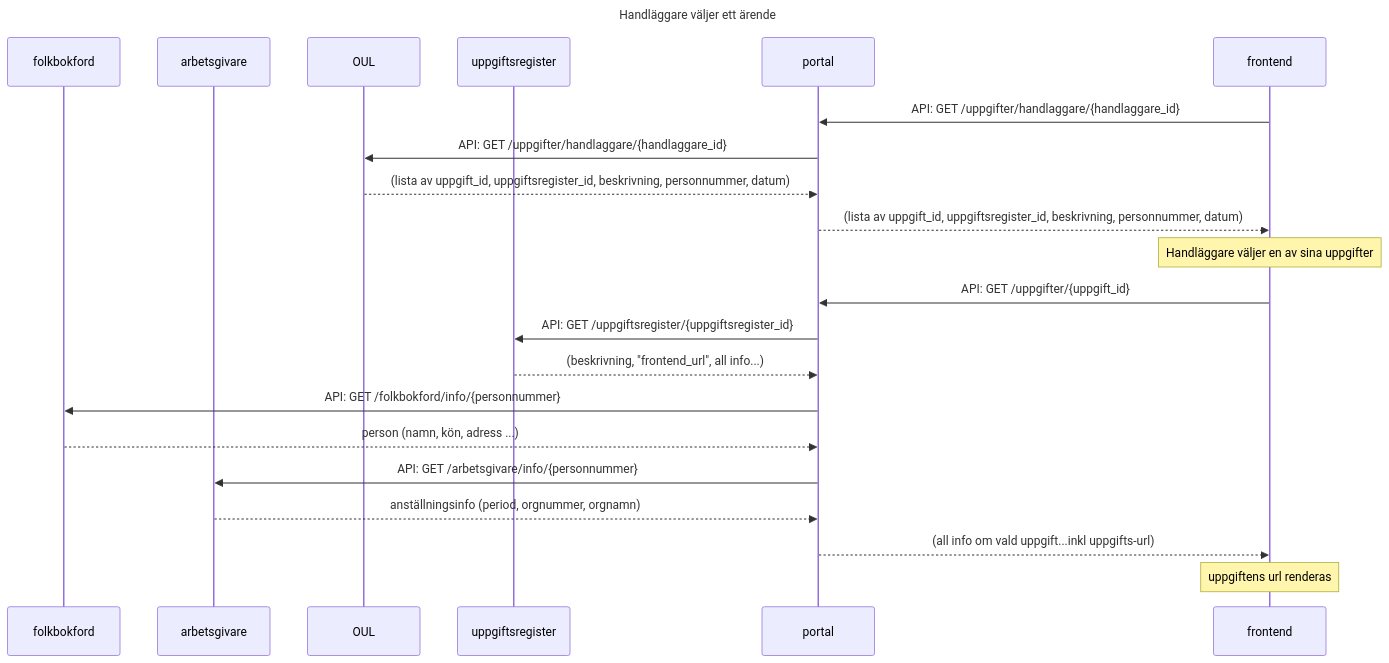
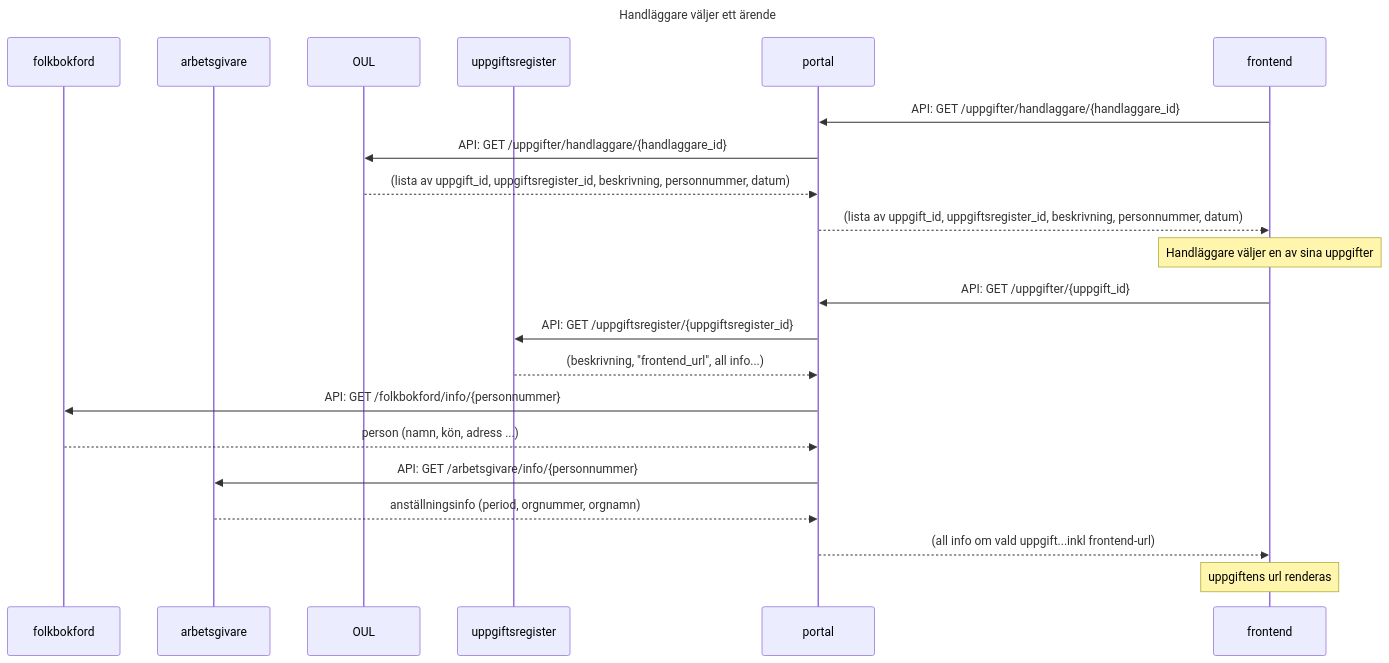
One commit to Forsakringskassan/rimfrost changed the diagram in sequences/handlaggare_lista_arenden.mmd. Above: the diagram before and after it, drawn with Mermaid.

Commit message:
fix: namn frontend_url

```diff
--- a/sequences/handlaggare_lista_arenden.mmd
+++ b/sequences/handlaggare_lista_arenden.mmd
@@ -1,27 +1,27 @@
 sequenceDiagram
     title Handläggare väljer ett ärende
     participant folkbokford
     participant arbetsgivare
     participant OUL
     participant uppgiftsregister
     participant portal
     participant frontend
 
     frontend ->> portal: API: GET /uppgifter/handlaggare/{handlaggare_id}
     portal ->> OUL: API: GET /uppgifter/handlaggare/{handlaggare_id}
     OUL -->> portal: (lista av uppgift_id, uppgiftsregister_id, beskrivning, personnummer, datum)
     portal -->> frontend: (lista av uppgift_id, uppgiftsregister_id, beskrivning, personnummer, datum)
     note over frontend: Handläggare väljer en av sina uppgifter
     frontend ->> portal: API: GET /uppgifter/{uppgift_id}
 
     portal ->> uppgiftsregister: API: GET /uppgiftsregister/{uppgiftsregister_id}
     uppgiftsregister -->> portal: (beskrivning, "frontend_url", all info...)
 
     portal ->> folkbokford: API: GET /folkbokford/info/{personnummer}
     folkbokford -->> portal: person (namn, kön, adress ...)
 
     portal ->> arbetsgivare: API: GET /arbetsgivare/info/{personnummer}
     arbetsgivare -->> portal: anställningsinfo (period, orgnummer, orgnamn)
-    portal -->> frontend: (all info om vald uppgift...inkl uppgifts-url)
+    portal -->> frontend: (all info om vald uppgift...inkl frontend-url)
 
     note over frontend: uppgiftens url renderas
```
